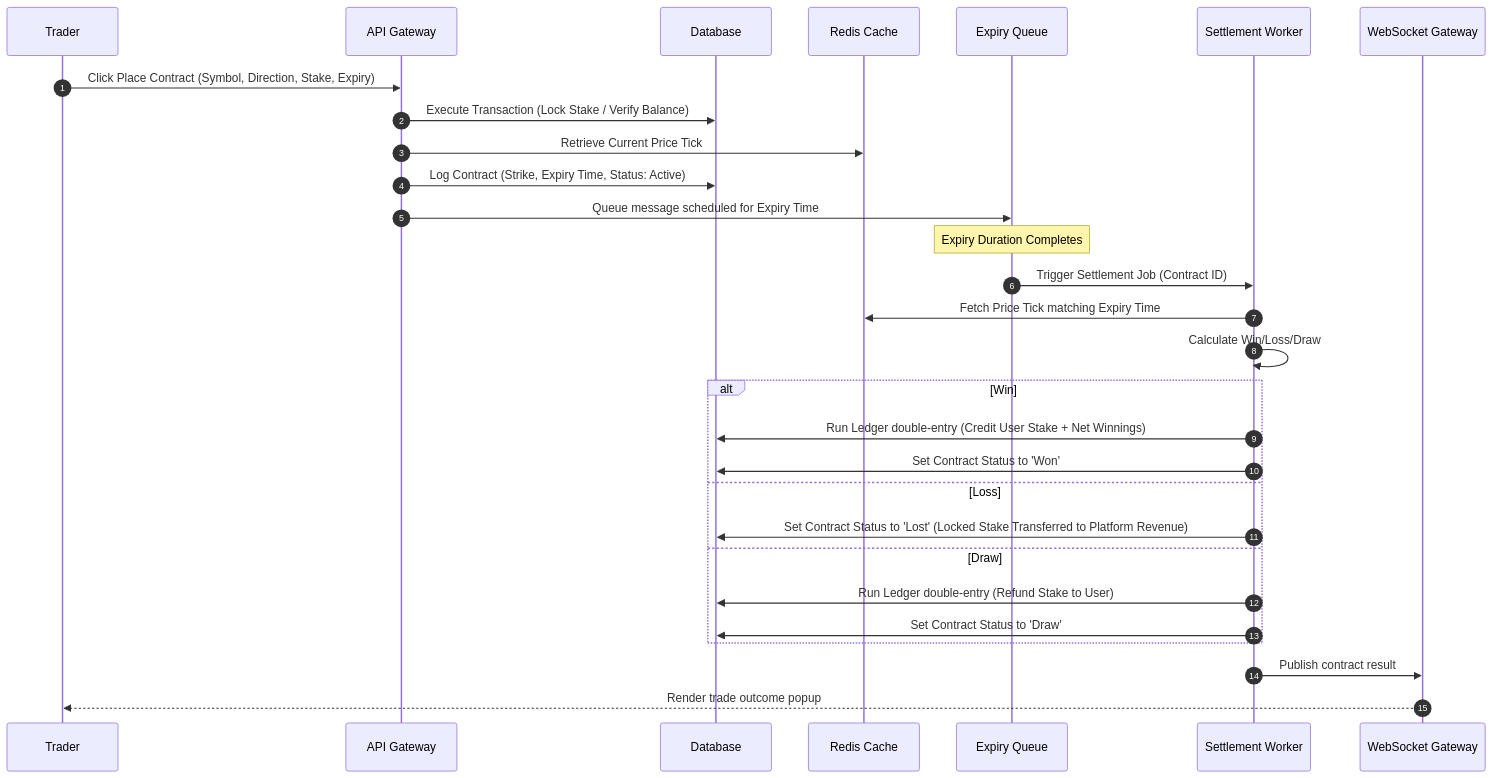
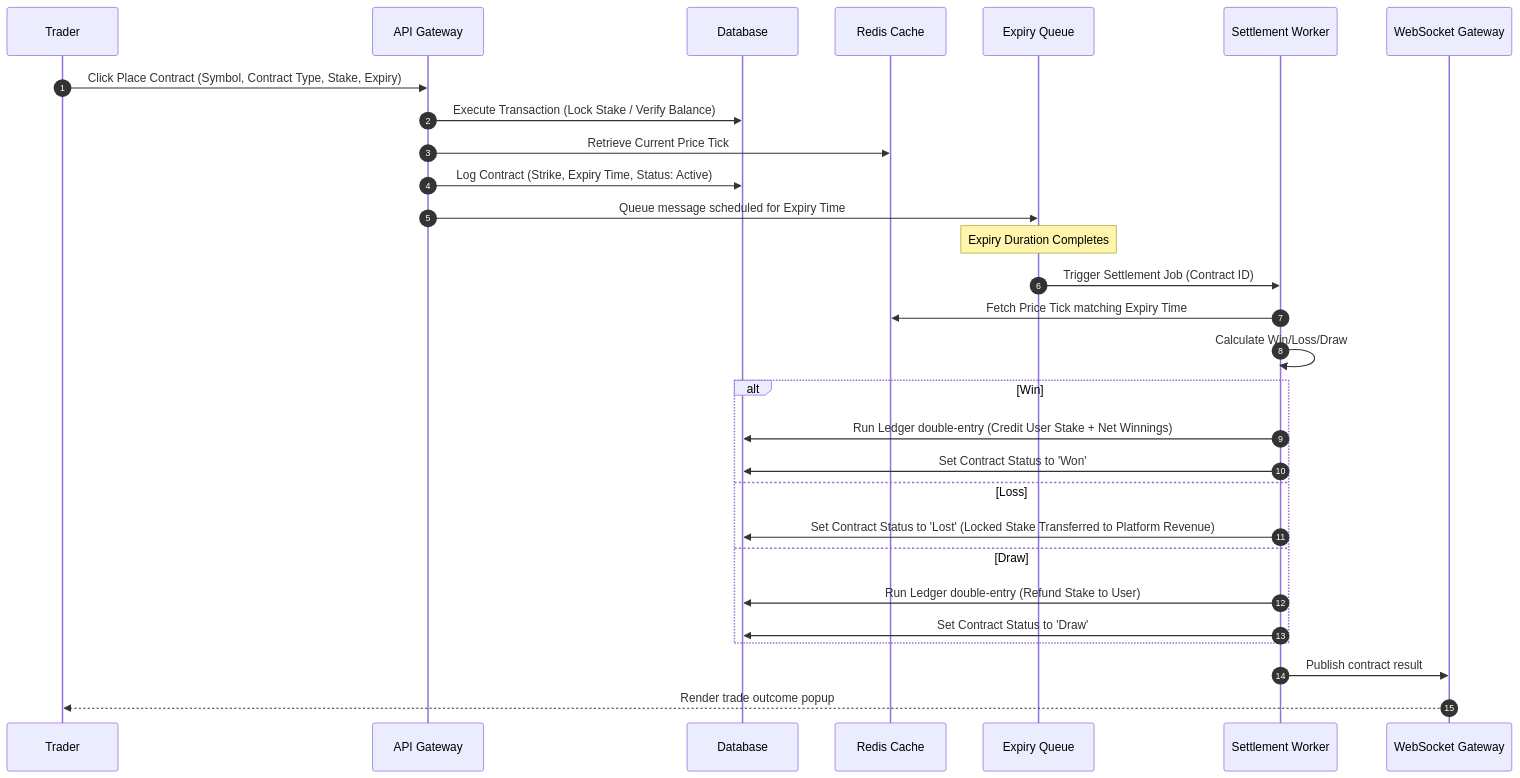
One commit to justabacha/SkiesPro changed the fourth of 4 diagrams in docs/02_SYSTEM_REQUIREMENTS.md. Above: the diagram before and after it, drawn with Mermaid. The commit also changed other lines of this file and 153 other files, not shown here.

````diff
--- a/docs/02_SYSTEM_REQUIREMENTS.md
+++ b/docs/02_SYSTEM_REQUIREMENTS.md
@@ -295,24 +295,24 @@
 ```mermaid
 sequenceDiagram
     autonumber
-    Trader->>API Gateway: Click Place Contract (Symbol, Direction, Stake, Expiry)
+    Trader->>API Gateway: Click Place Contract (Symbol, Contract Type, Stake, Expiry)
     API Gateway->>Database: Execute Transaction (Lock Stake / Verify Balance)
     API Gateway->>Redis Cache: Retrieve Current Price Tick
     API Gateway->>Database: Log Contract (Strike, Expiry Time, Status: Active)
     API Gateway->>Expiry Queue: Queue message scheduled for Expiry Time
     Note over Expiry Queue: Expiry Duration Completes
     Expiry Queue->>Settlement Worker: Trigger Settlement Job (Contract ID)
     Settlement Worker->>Redis Cache: Fetch Price Tick matching Expiry Time
     Settlement Worker->>Settlement Worker: Calculate Win/Loss/Draw
     Alt Win
         Settlement Worker->>Database: Run Ledger double-entry (Credit User Stake + Net Winnings)
         Settlement Worker->>Database: Set Contract Status to 'Won'
     Else Loss
         Settlement Worker->>Database: Set Contract Status to 'Lost' (Locked Stake Transferred to Platform Revenue)
     Else Draw
         Settlement Worker->>Database: Run Ledger double-entry (Refund Stake to User)
         Settlement Worker->>Database: Set Contract Status to 'Draw'
     End
     Settlement Worker->>WebSocket Gateway: Publish contract result
     WebSocket Gateway-->>Trader: Render trade outcome popup
 ```
````
